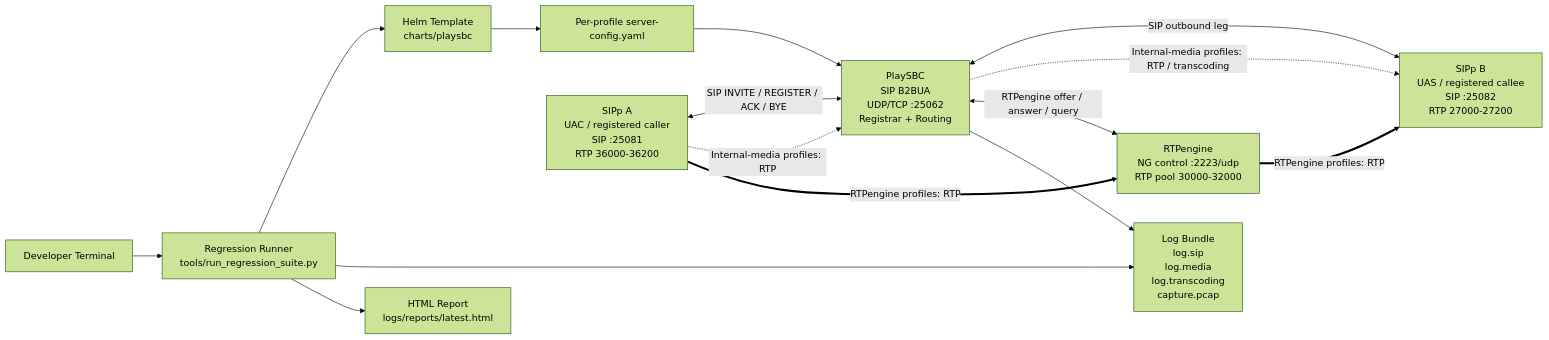
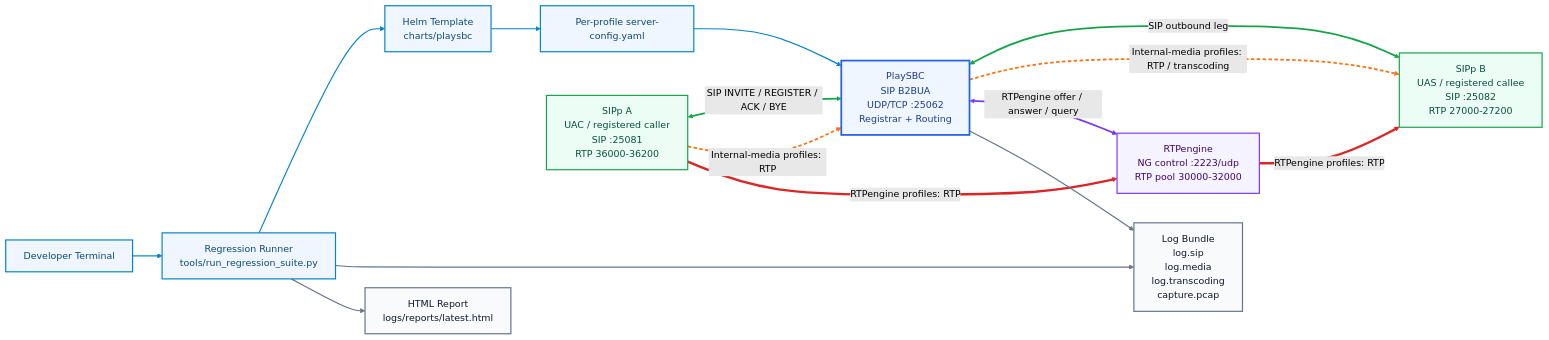
The second of 6 diagrams in docs/ARCHITECTURE_NETWORK.md (sudheerkumarvatrapu/PlaySBC), drawn with Mermaid (forest theme) before and after one commit. The commit also changed other lines of this file and 2 other files, not shown here.

Commit message:
Polish architecture diagrams and add PDF

````diff
--- a/docs/ARCHITECTURE_NETWORK.md
+++ b/docs/ARCHITECTURE_NETWORK.md
@@ -7,34 +107,53 @@
 ```mermaid
 flowchart LR
     Dev["Developer Terminal"]
     Runner["Regression Runner<br/>tools/run_regression_suite.py"]
     Helm["Helm Template<br/>charts/playsbc"]
     Config["Per-profile server-config.yaml"]
 
     A["SIPp A<br/>UAC / registered caller<br/>SIP :25081<br/>RTP 36000-36200"]
     SBC["PlaySBC<br/>SIP B2BUA<br/>UDP/TCP :25062<br/>Registrar + Routing"]
     B["SIPp B<br/>UAS / registered callee<br/>SIP :25082<br/>RTP 27000-27200"]
     RTPE["RTPengine<br/>NG control :2223/udp<br/>RTP pool 30000-32000"]
 
     Logs["Log Bundle<br/>log.sip<br/>log.media<br/>log.transcoding<br/>capture.pcap"]
     Report["HTML Report<br/>logs/reports/latest.html"]
 
     Dev --> Runner
     Runner --> Helm
     Helm --> Config
     Config --> SBC
 
     A <-->|SIP INVITE / REGISTER / ACK / BYE| SBC
     SBC <-->|SIP outbound leg| B
 
     A -.->|Internal-media profiles: RTP| SBC
     SBC -.->|Internal-media profiles: RTP / transcoding| B
 
     SBC <-->|RTPengine offer / answer / query| RTPE
     A ==>|RTPengine profiles: RTP| RTPE
     RTPE ==>|RTPengine profiles: RTP| B
 
     SBC --> Logs
     Runner --> Logs
     Runner --> Report
+
+    classDef endpoint fill:#ecfdf5,stroke:#16a34a,color:#064e3b,stroke-width:2px
+    classDef sbc fill:#eff6ff,stroke:#2563eb,color:#1e3a8a,stroke-width:3px
+    classDef rtpengine fill:#f5f3ff,stroke:#7c3aed,color:#3b0764,stroke-width:2px
+    classDef config fill:#eff6ff,stroke:#0284c7,color:#0c4a6e,stroke-width:2px
+    classDef observability fill:#f8fafc,stroke:#64748b,color:#0f172a,stroke-width:2px
+
+    class A,B endpoint
+    class SBC sbc
+    class RTPE rtpengine
+    class Dev,Runner,Helm,Config config
+    class Logs,Report observability
+
+    linkStyle 0,1,2,3 stroke:#0284c7,stroke-width:2px
+    linkStyle 4,5 stroke:#16a34a,stroke-width:3px
+    linkStyle 6,7 stroke:#f97316,stroke-width:3px,stroke-dasharray:6 4
+    linkStyle 8 stroke:#7c3aed,stroke-width:3px
+    linkStyle 9,10 stroke:#dc2626,stroke-width:4px
+    linkStyle 11,12,13 stroke:#64748b,stroke-width:2px
 ```
````
